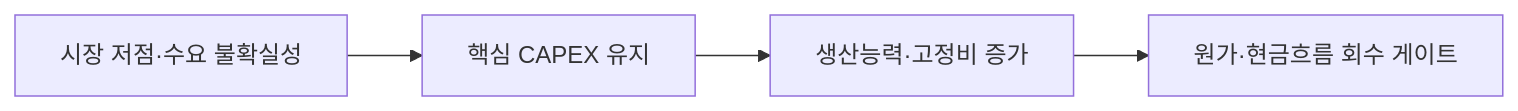
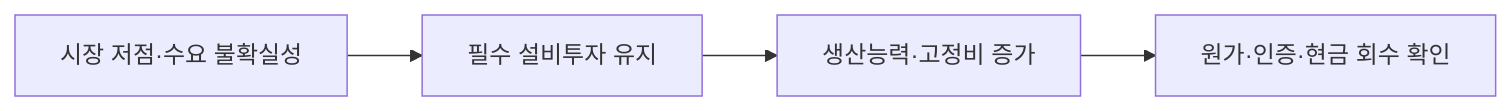
The diagram in market-sensing-wiki/signals/SIG-C85F0B291DEA.md (arik1988/posco-market-sensing-wiki), drawn with Mermaid before and after one commit. The commit also changed other lines of this file and 143 other files, not shown here.

````diff
--- a/market-sensing-wiki/signals/SIG-C85F0B291DEA.md
+++ b/market-sensing-wiki/signals/SIG-C85F0B291DEA.md
@@ -47,6 +49,6 @@
 ```mermaid
 flowchart LR
- A[시장 저점·수요 불확실성] --> B[핵심 CAPEX 유지]
+ A[시장 저점·수요 불확실성] --> B[필수 설비투자 유지]
  B --> C[생산능력·고정비 증가]
- C --> D[원가·현금흐름 회수 게이트]
+ C --> D[원가·인증·현금 회수 확인]
 ```
````
